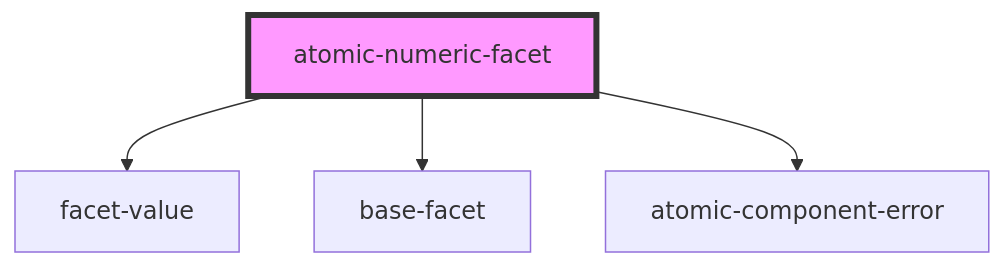
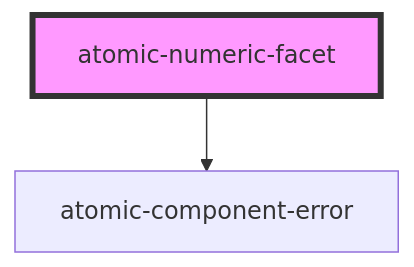
The diagram in packages/atomic/src/components/facets/atomic-numeric-facet/readme.md (coveo/ui-kit), drawn with Mermaid before and after one commit. The commit also changed other lines of this file and 15 other files, not shown here.

First line of the commit message:
feat(atomic): numeric Facet

````diff
--- a/packages/atomic/src/components/facets/atomic-numeric-facet/readme.md
+++ b/packages/atomic/src/components/facets/atomic-numeric-facet/readme.md
@@ -26,7 +43,5 @@
 ```mermaid
 graph TD;
-  atomic-numeric-facet --> facet-value
-  atomic-numeric-facet --> base-facet
   atomic-numeric-facet --> atomic-component-error
   style atomic-numeric-facet fill:#f9f,stroke:#333,stroke-width:4px
 ```
````
